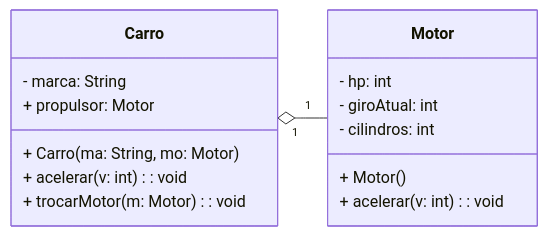
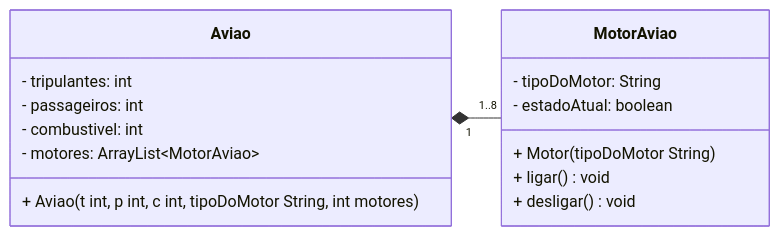
One commit to thaliab13-web/POO changed the diagram in src/main/java/aula16/README.md. Above: the diagram before and after it, drawn with Mermaid. The commit also changed other lines of this file and 8 other files, not shown here.

````diff
--- a/src/main/java/aula16/README.md
+++ b/src/main/java/aula16/README.md
@@ -15,22 +66,21 @@
 ```mermaid
 
 classDiagram
-        direction LR
-        class Carro { 
-            - marca: String
-            + propulsor: Motor
-            + Carro(ma: String, mo: Motor)
-            + acelerar(v: int): void
-            + trocarMotor(m: Motor): void
-        }
-        
-        class Motor {
-            - hp: int
-            - giroAtual: int
-            - cilindros: int
-            + Motor()
-            + acelerar(v: int): void
-        }
-         Carro "1" o--  "1" Motor
-
+    direction LR
+    class Aviao {
+        - tripulantes: int
+        - passageiros: int
+        - combustivel: int
+        - motores: ArrayList~MotorAviao~
+        + Aviao(t int, p int, c int, tipoDoMotor String, int motores)
+    }
+    class MotorAviao {
+        - tipoDoMotor: String
+        - estadoAtual: boolean 
+        + Motor(tipoDoMotor String)
+        + ligar() void
+        + desligar() void
+    }
+    
+    Aviao "1" *-- "1..8" MotorAviao
 ```
````
